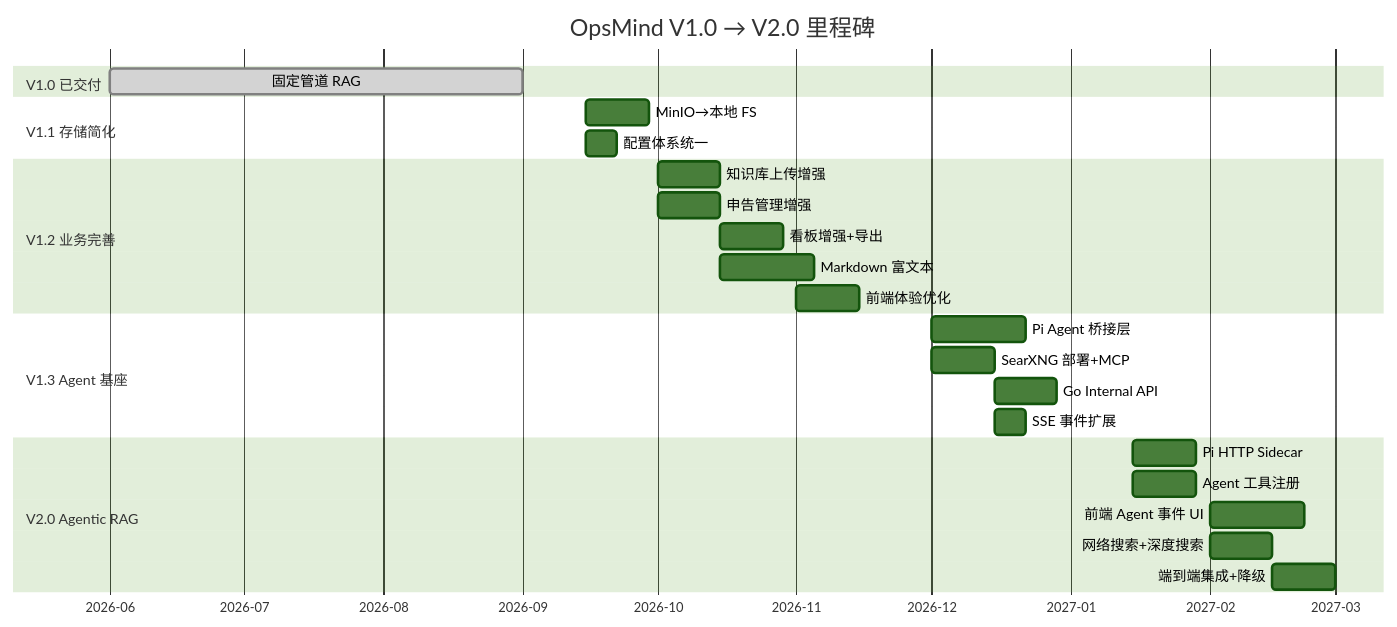
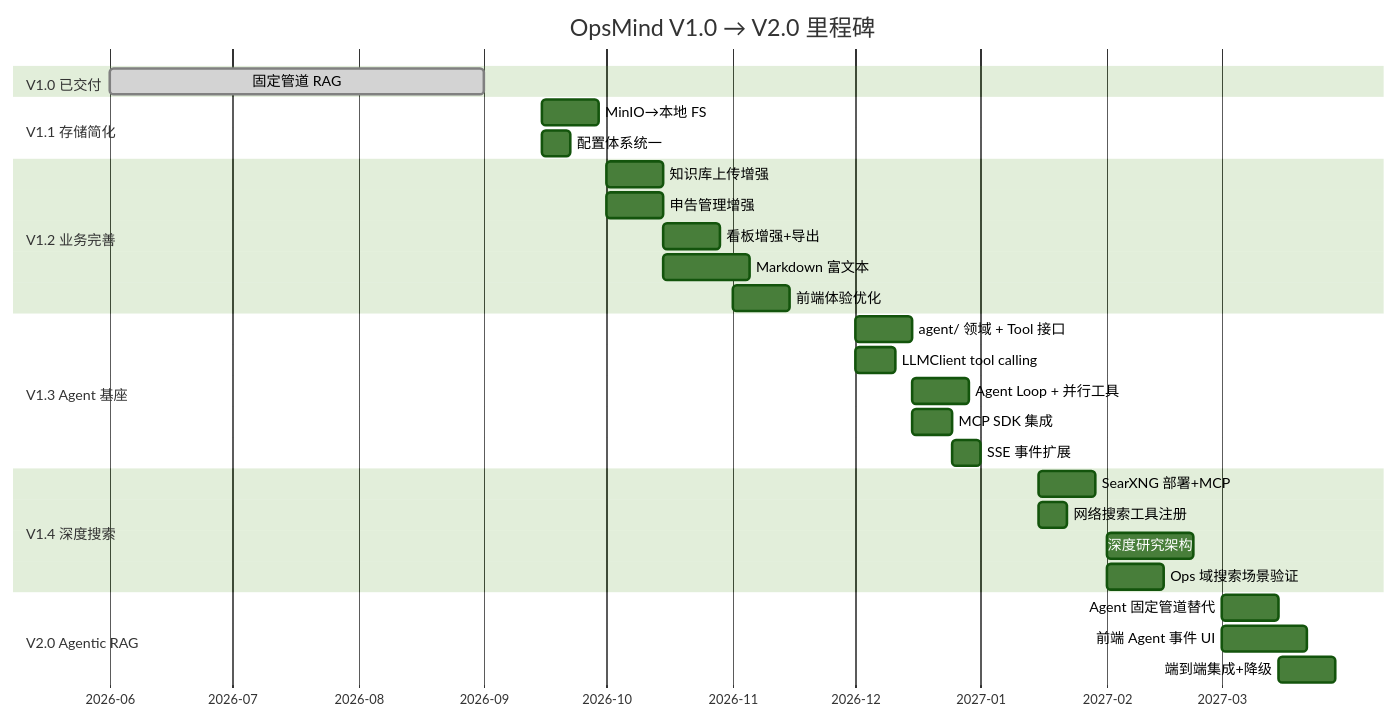
One commit to int2t05/Cognik changed the ninth of 9 diagrams in docs/ROADMAP.md. Above: the diagram before and after it, drawn with Mermaid (forest theme). The commit also changed other lines of this file, not shown here.

First line of the commit message:
docs: ROADMAP V1.2 标记已交付 + V1.3/V1.4 规划更新

````diff
--- a/docs/ROADMAP.md
+++ b/docs/ROADMAP.md
@@ -369,33 +419,38 @@
 ```mermaid
 gantt
     title OpsMind V1.0 → V2.0 里程碑
     dateFormat YYYY-MM-DD
     axisFormat %Y-%m
 
     section V1.0 已交付
     固定管道 RAG         :done, v1, 2026-06-01, 2026-09-01
 
     section V1.1 存储简化
     MinIO→本地 FS        :v11a, 2026-09-15, 14d
     配置体系统一          :v11b, 2026-09-15, 7d
 
     section V1.2 业务完善
     知识库上传增强        :v12a, 2026-10-01, 14d
     申告管理增强          :v12b, 2026-10-01, 14d
     看板增强+导出         :v12c, 2026-10-15, 14d
     Markdown 富文本       :v12d, 2026-10-15, 21d
     前端体验优化          :v12e, 2026-11-01, 14d
 
     section V1.3 Agent 基座
-    Pi Agent 桥接层      :v13a, 2026-12-01, 21d
-    SearXNG 部署+MCP     :v13b, 2026-12-01, 14d
-    Go Internal API      :v13c, 2026-12-15, 14d
-    SSE 事件扩展          :v13d, 2026-12-15, 7d
+    agent/ 领域 + Tool 接口 :v13a, 2026-12-01, 14d
+    LLMClient tool calling :v13b, 2026-12-01, 10d
+    Agent Loop + 并行工具  :v13c, 2026-12-15, 14d
+    MCP SDK 集成          :v13d, 2026-12-15, 10d
+    SSE 事件扩展          :v13e, 2026-12-25, 7d
+
+    section V1.4 深度搜索
+    SearXNG 部署+MCP     :v14a, 2027-01-15, 14d
+    网络搜索工具注册      :v14b, 2027-01-15, 7d
+    深度研究架构          :v14c, 2027-02-01, 21d
+    Ops 域搜索场景验证    :v14d, 2027-02-01, 14d
 
     section V2.0 Agentic RAG
-    Pi HTTP Sidecar      :v20a, 2027-01-15, 14d
-    Agent 工具注册        :v20b, 2027-01-15, 14d
-    前端 Agent 事件 UI    :v20c, 2027-02-01, 21d
-    网络搜索+深度搜索     :v20d, 2027-02-01, 14d
-    端到端集成+降级       :v20e, 2027-02-15, 14d
+    Agent 固定管道替代    :v20a, 2027-03-01, 14d
+    前端 Agent 事件 UI    :v20b, 2027-03-01, 21d
+    端到端集成+降级       :v20c, 2027-03-15, 14d
 ```
````
